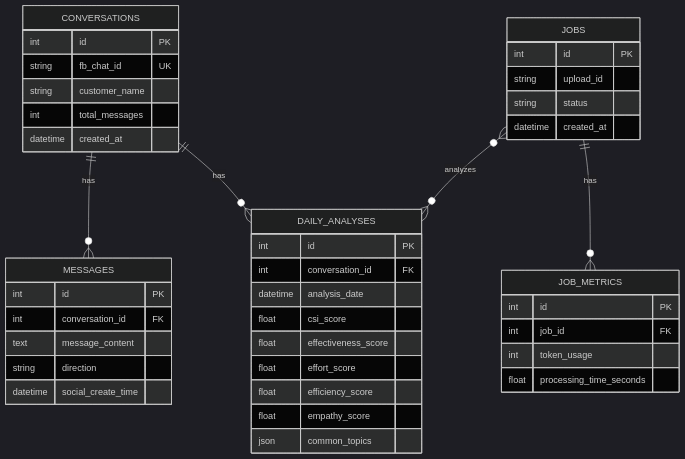
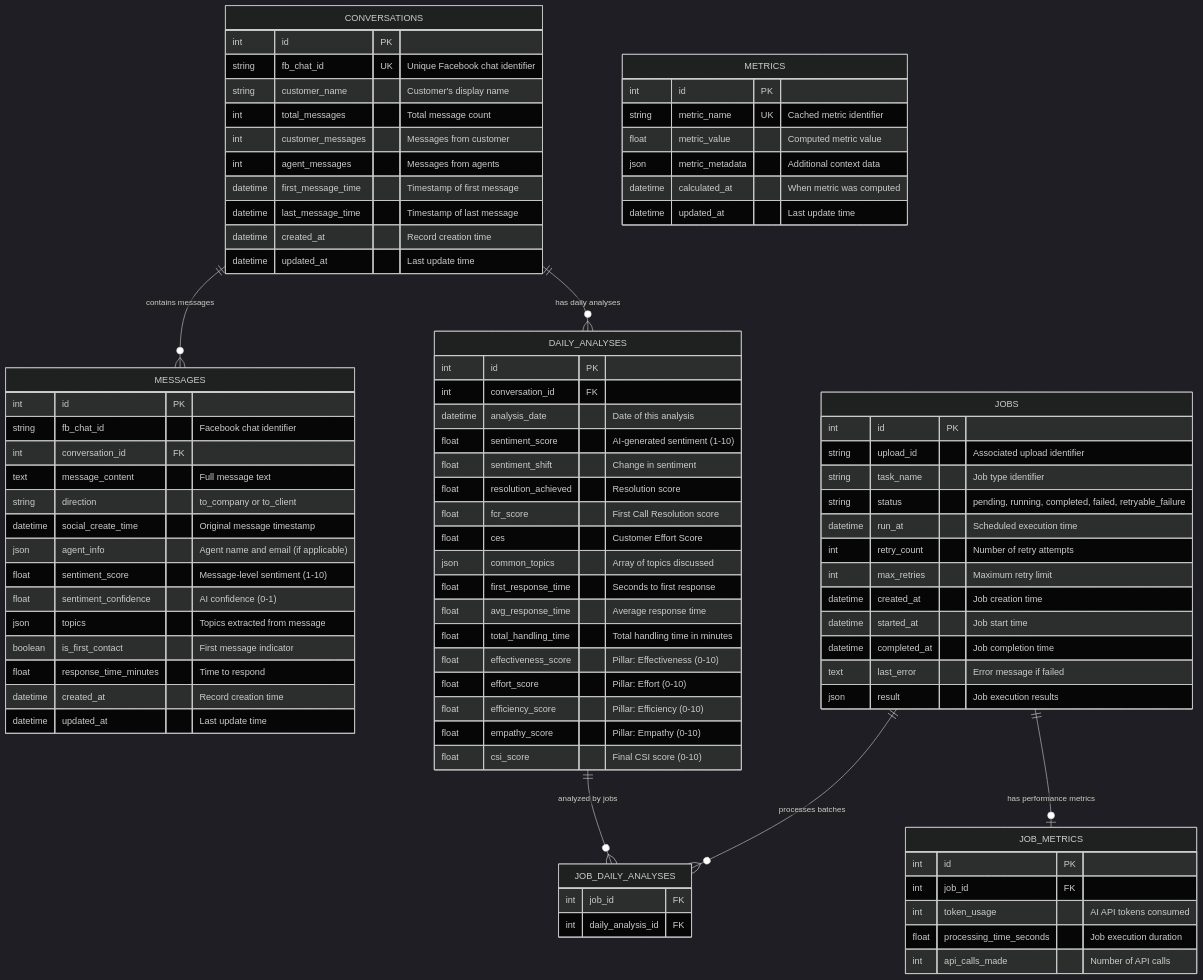
Before and after one commit to Gl4d3/powerpulse-backend: the second of 2 diagrams in LIFELINE.md, drawn with Mermaid (dark theme). The commit also changed other lines of this file and 30 other files, not shown here.

````diff
--- a/LIFELINE.md
+++ b/LIFELINE.md
@@ -92,48 +95,94 @@
 erDiagram
     CONVERSATIONS {
         int id PK
-        string fb_chat_id UK
-        string customer_name
-        int total_messages
-        datetime created_at
+        string fb_chat_id UK "Unique Facebook chat identifier"
+        string customer_name "Customer's display name"
+        int total_messages "Total message count"
+        int customer_messages "Messages from customer"
+        int agent_messages "Messages from agents"
+        datetime first_message_time "Timestamp of first message"
+        datetime last_message_time "Timestamp of last message"
+        datetime created_at "Record creation time"
+        datetime updated_at "Last update time"
     }
 
     DAILY_ANALYSES {
         int id PK
         int conversation_id FK
-        datetime analysis_date
-        float csi_score
-        float effectiveness_score
-        float effort_score
-        float efficiency_score
-        float empathy_score
-        json common_topics
+        datetime analysis_date "Date of this analysis"
+        float sentiment_score "AI-generated sentiment (1-10)"
+        float sentiment_shift "Change in sentiment"
+        float resolution_achieved "Resolution score"
+        float fcr_score "First Call Resolution score"
+        float ces "Customer Effort Score"
+        json common_topics "Array of topics discussed"
+        float first_response_time "Seconds to first response"
+        float avg_response_time "Average response time"
+        float total_handling_time "Total handling time in minutes"
+        float effectiveness_score "Pillar: Effectiveness (0-10)"
+        float effort_score "Pillar: Effort (0-10)"
+        float efficiency_score "Pillar: Efficiency (0-10)"
+        float empathy_score "Pillar: Empathy (0-10)"
+        float csi_score "Final CSI score (0-10)"
     }
 
     MESSAGES {
         int id PK
+        string fb_chat_id "Facebook chat identifier"
         int conversation_id FK
-        text message_content
-        string direction
-        datetime social_create_time
+        text message_content "Full message text"
+        string direction "to_company or to_client"
+        datetime social_create_time "Original message timestamp"
+        json agent_info "Agent name and email (if applicable)"
+        float sentiment_score "Message-level sentiment (1-10)"
+        float sentiment_confidence "AI confidence (0-1)"
+        json topics "Topics extracted from message"
+        boolean is_first_contact "First message indicator"
+        float response_time_minutes "Time to respond"
+        datetime created_at "Record creation time"
+        datetime updated_at "Last update time"
     }
 
     JOBS {
         int id PK
-        string upload_id
-        string status
-        datetime created_at
+        string upload_id "Associated upload identifier"
+        string task_name "Job type identifier"
+        string status "pending, running, completed, failed, retryable_failure"
+        datetime run_at "Scheduled execution time"
+        int retry_count "Number of retry attempts"
+        int max_retries "Maximum retry limit"
+        datetime created_at "Job creation time"
+        datetime started_at "Job start time"
+        datetime completed_at "Job completion time"
+        text last_error "Error message if failed"
+        json result "Job execution results"
     }
 
     JOB_METRICS {
         int id PK
         int job_id FK
-        int token_usage
-        float processing_time_seconds
+        int token_usage "AI API tokens consumed"
+        float processing_time_seconds "Job execution duration"
+        int api_calls_made "Number of API calls"
     }
 
-    CONVERSATIONS ||--o{ DAILY_ANALYSES : has
-    CONVERSATIONS ||--o{ MESSAGES : has
-    JOBS ||--o{ JOB_METRICS : has
-    JOBS }o--o{ DAILY_ANALYSES : analyzes
+    JOB_DAILY_ANALYSES {
+        int job_id FK
+        int daily_analysis_id FK
+    }
+
+    METRICS {
+        int id PK
+        string metric_name UK "Cached metric identifier"
+        float metric_value "Computed metric value"
+        json metric_metadata "Additional context data"
+        datetime calculated_at "When metric was computed"
+        datetime updated_at "Last update time"
+    }
+
+    CONVERSATIONS ||--o{ DAILY_ANALYSES : "has daily analyses"
+    CONVERSATIONS ||--o{ MESSAGES : "contains messages"
+    JOBS ||--o| JOB_METRICS : "has performance metrics"
+    JOBS ||--o{ JOB_DAILY_ANALYSES : "processes batches"
+    DAILY_ANALYSES ||--o{ JOB_DAILY_ANALYSES : "analyzed by jobs"
 ```
````
